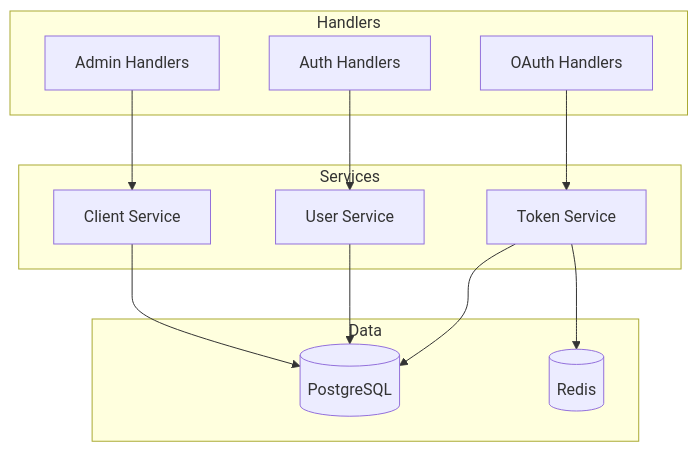
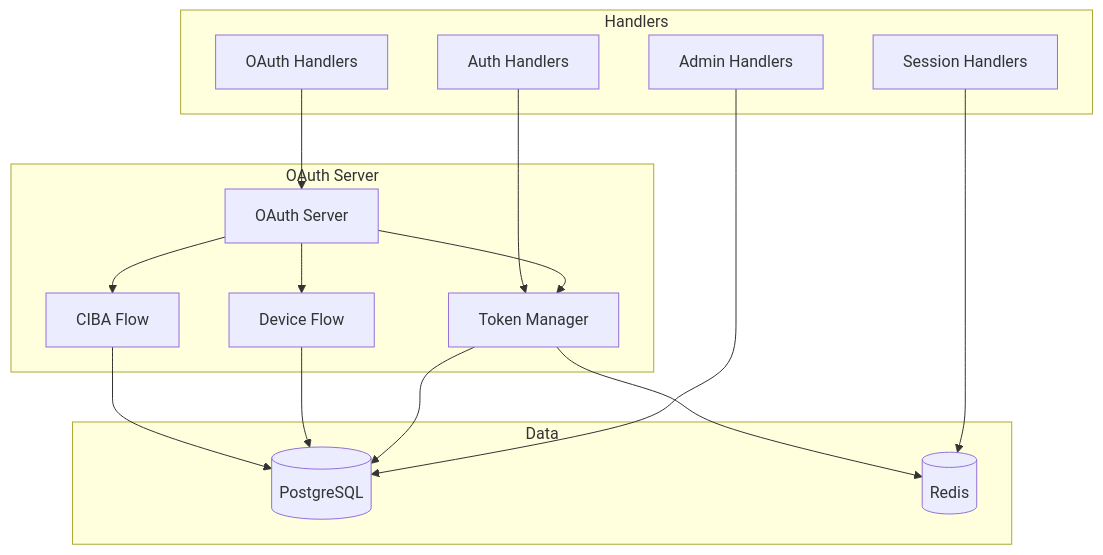
Before and after one commit to royzah/OryxID: the first of 2 diagrams in backend/README.md, drawn with Mermaid. The commit also changed other lines of this file and 2 other files, not shown here.

First line of the commit message:
docs: Update project documentation with comprehensive OAuth flow coverage

````diff
--- a/backend/README.md
+++ b/backend/README.md
@@ -9,28 +9,34 @@
 ```mermaid
 graph TD
     subgraph Handlers
         OAuth[OAuth Handlers]
         Auth[Auth Handlers]
         Admin[Admin Handlers]
+        Session[Session Handlers]
     end
 
-    subgraph Services
-        TokenSvc[Token Service]
-        UserSvc[User Service]
-        ClientSvc[Client Service]
+    subgraph OAuth Server
+        TokenMgr[Token Manager]
+        OAuthSrv[OAuth Server]
+        DeviceFlow[Device Flow]
+        CIBAFlow[CIBA Flow]
     end
 
     subgraph Data
         DB[(PostgreSQL)]
         Cache[(Redis)]
     end
 
-    OAuth --> TokenSvc
-    Auth --> UserSvc
-    Admin --> ClientSvc
+    OAuth --> OAuthSrv
+    OAuthSrv --> TokenMgr
+    OAuthSrv --> DeviceFlow
+    OAuthSrv --> CIBAFlow
+    Auth --> TokenMgr
+    Admin --> DB
+    Session --> Cache
 
-    TokenSvc --> DB
-    TokenSvc --> Cache
-    UserSvc --> DB
-    ClientSvc --> DB
+    TokenMgr --> DB
+    TokenMgr --> Cache
+    DeviceFlow --> DB
+    CIBAFlow --> DB
 ```
````
